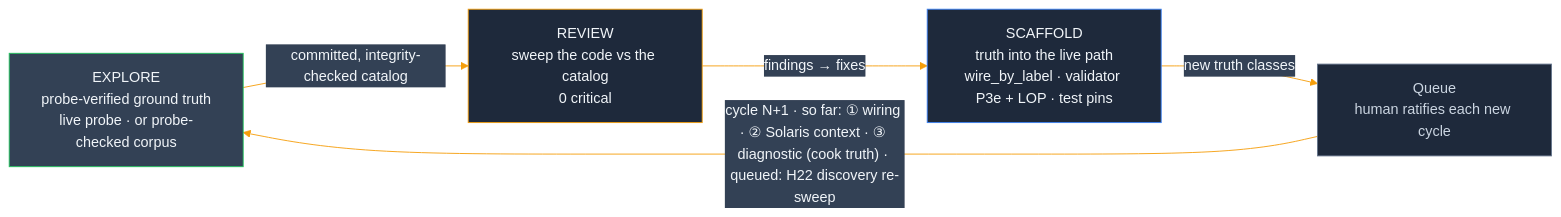
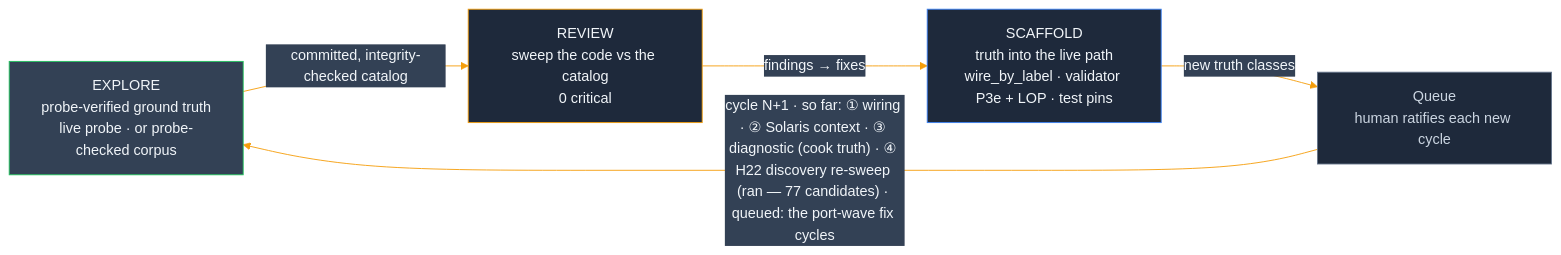
Before and after one commit to JosephOIbrahim/Synapse: the third of 6 diagrams in README.md, drawn with Mermaid. The commit also changed other lines of this file and 5 other files, not shown here.

````diff
--- a/README.md
+++ b/README.md
@@ -131,12 +141,12 @@
 ```mermaid
 %%{init: {'theme':'base', 'themeVariables': {'primaryColor':'#1e293b','primaryTextColor':'#f1f5f9','primaryBorderColor':'#0f172a','lineColor':'#f59e0b','secondaryColor':'#334155','tertiaryColor':'#475569'}}}%%
 flowchart LR
     EXP["EXPLORE<br/>probe-verified ground truth<br/>live probe · or probe-checked corpus"]:::hou -->|"committed, integrity-checked catalog"| REV["REVIEW<br/>sweep the code vs the catalog<br/>0 critical"]:::bridge
     REV -->|"findings → fixes"| SCAF["SCAFFOLD<br/>truth into the live path<br/>wire_by_label · validator P3e + LOP · test pins"]:::panel
     SCAF -->|"new truth classes"| NEXT["Queue<br/>human ratifies each new cycle"]:::side
-    NEXT -->|"cycle N+1 · so far: ① wiring · ② Solaris context · ③ diagnostic (cook truth) · queued: H22 discovery re-sweep"| EXP
+    NEXT -->|"cycle N+1 · so far: ① wiring · ② Solaris context · ③ diagnostic (cook truth) · ④ H22 discovery re-sweep (ran — 77 candidates) · queued: the port-wave fix cycles"| EXP
     classDef panel fill:#1e293b,stroke:#3b82f6,color:#f1f5f9
     classDef bridge fill:#1e293b,stroke:#f59e0b,color:#f1f5f9
     classDef hou fill:#334155,stroke:#22c55e,color:#f1f5f9
     classDef side fill:#1e293b,stroke:#64748b,color:#cbd5e1
 ```
````
